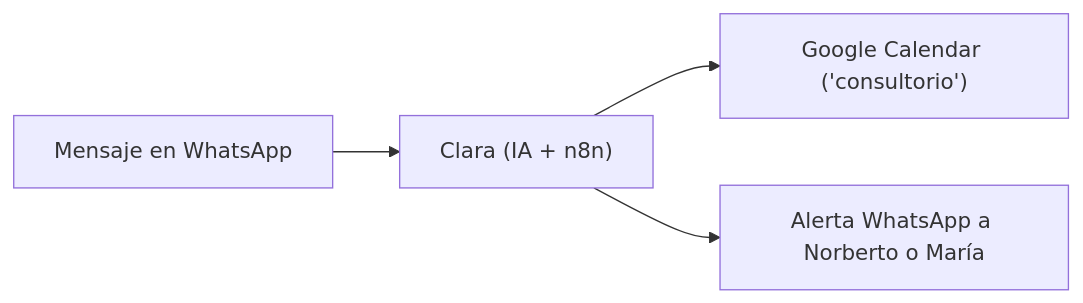
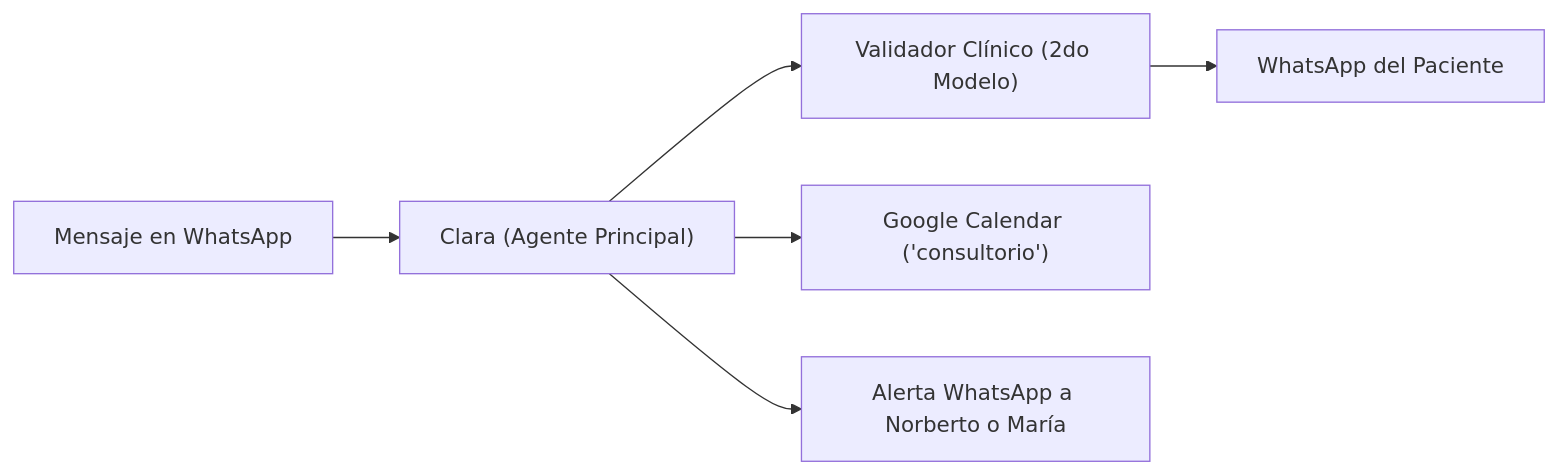
One commit to MartinBrude/kinesica changed the diagram in docs/guia-pruebas.md. Above: the diagram before and after it, drawn with Mermaid. The commit also changed other lines of this file and 1 other file, not shown here.

Commit message:
feat: implementar validador clinico en tiempo real (segundo modelo LLM)

````diff
--- a/docs/guia-pruebas.md
+++ b/docs/guia-pruebas.md
@@ -80,6 +81,8 @@
 ```mermaid
 flowchart LR
-    A["Mensaje en WhatsApp"] --> B["Clara (IA + n8n)"]
-    B --> C["Google Calendar ('consultorio')"]
-    B --> D["Alerta WhatsApp a Norberto o María"]
+    A["Mensaje en WhatsApp"] --> B["Clara (Agente Principal)"]
+    B --> C["Validador Clínico (2do Modelo)"]
+    C --> D["WhatsApp del Paciente"]
+    B --> E["Google Calendar ('consultorio')"]
+    B --> F["Alerta WhatsApp a Norberto o María"]
 ```
````
